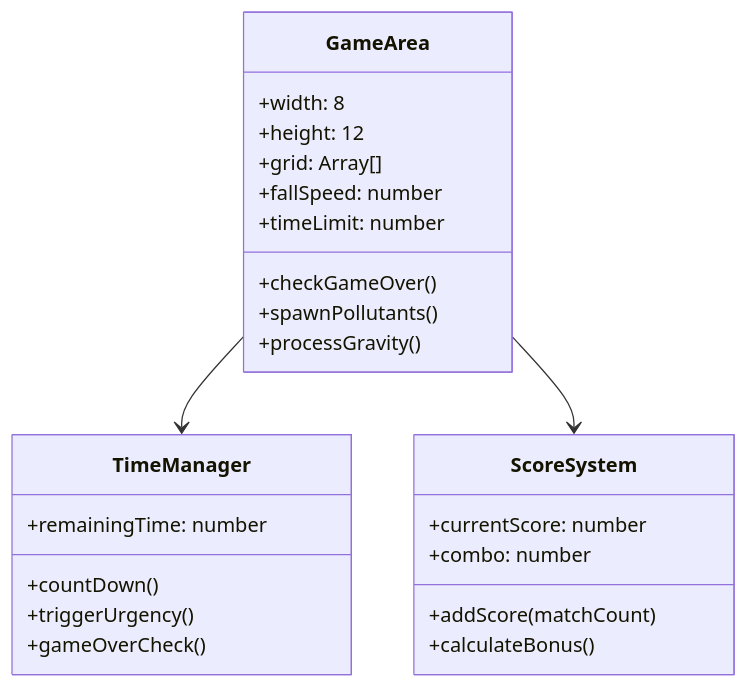
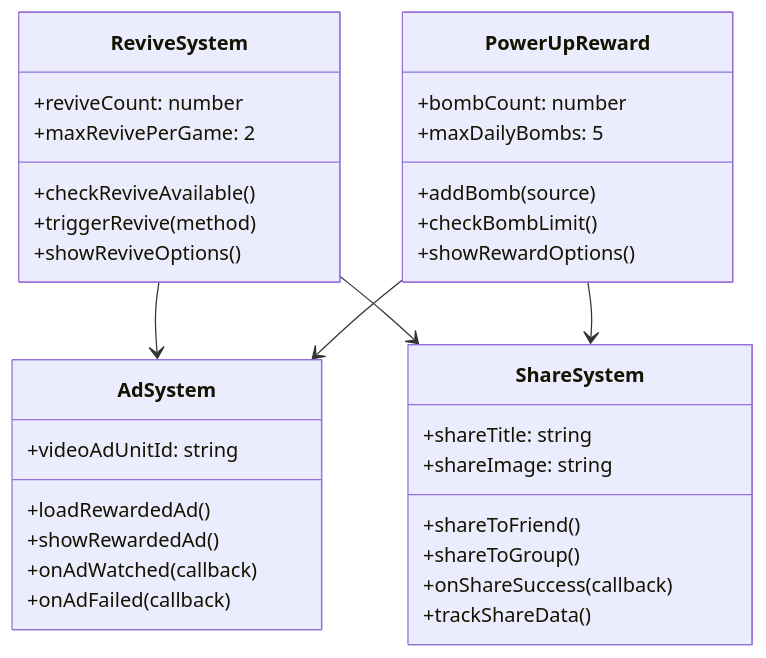
The fourth of 6 diagrams in .qoder/quests/brand-game-development.md (chenlaiyi/WaterGame), drawn with Mermaid before and after one commit. The commit also changed other lines of this file and 44 other files, not shown here.

````diff
--- a/.qoder/quests/brand-game-development.md
+++ b/.qoder/quests/brand-game-development.md
@@ -150,30 +150,40 @@
 ```mermaid
 classDiagram
-    class GameArea {
-        +width: 8
-        +height: 12
-        +grid: Array[]
-        +fallSpeed: number
-        +timeLimit: number
-        +checkGameOver()
-        +spawnPollutants()
-        +processGravity()
+    class ReviveSystem {
+        +reviveCount: number
+        +maxRevivePerGame: 2
+        +checkReviveAvailable()
+        +triggerRevive(method)
+        +showReviveOptions()
     }
     
-    class TimeManager {
-        +remainingTime: number
-        +countDown()
-        +triggerUrgency()
-        +gameOverCheck()
+    class AdSystem {
+        +videoAdUnitId: string
+        +loadRewardedAd()
+        +showRewardedAd()
+        +onAdWatched(callback)
+        +onAdFailed(callback)
     }
     
-    class ScoreSystem {
-        +currentScore: number
-        +combo: number
-        +addScore(matchCount)
-        +calculateBonus()
+    class ShareSystem {
+        +shareTitle: string
+        +shareImage: string
+        +shareToFriend()
+        +shareToGroup()
+        +onShareSuccess(callback)
+        +trackShareData()
     }
     
-    GameArea --> TimeManager
-    GameArea --> ScoreSystem
+    class PowerUpReward {
+        +bombCount: number
+        +maxDailyBombs: 5
+        +addBomb(source)
+        +checkBombLimit()
+        +showRewardOptions()
+    }
+    
+    ReviveSystem --> AdSystem
+    ReviveSystem --> ShareSystem
+    PowerUpReward --> AdSystem
+    PowerUpReward --> ShareSystem
 ```
````
